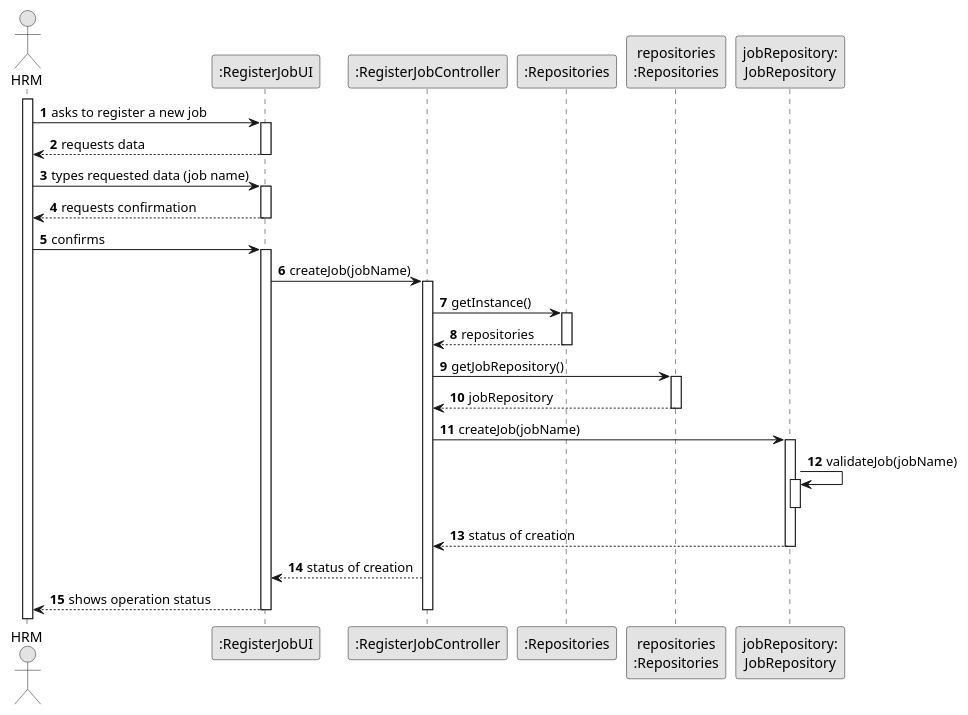
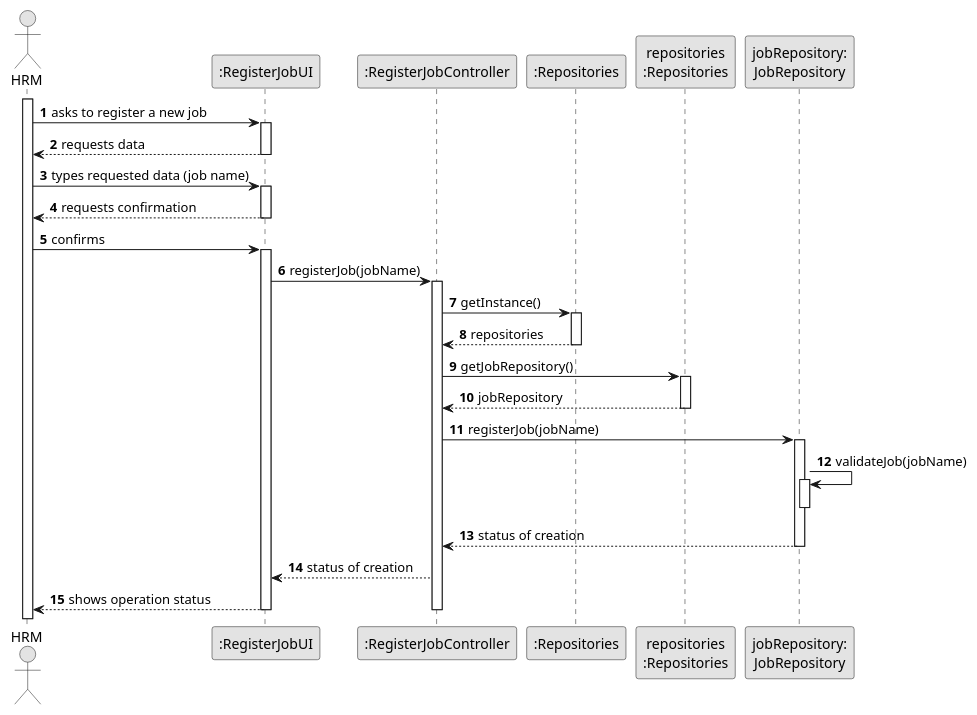
Before and after one commit to Departamento-de-Engenharia-Informatica/lei-24-s2-1do-g164: the diagram in docs/sprintB/us002/03.design/puml/us002-sequence-diagram-full.puml, drawn with PlantUML. The commit also changed 3 other files, not shown here.

```diff
--- a/docs/sprintB/us002/03.design/puml/us002-sequence-diagram-full.puml
+++ b/docs/sprintB/us002/03.design/puml/us002-sequence-diagram-full.puml
@@ -1,71 +1,71 @@
 @startuml
 skinparam monochrome true
 skinparam packageStyle rectangle
 skinparam shadowing false
 
 autonumber
 
 'hide footbox
 actor " HRM" as ADM
 participant ":RegisterJobUI" as UI
 participant ":RegisterJobController" as CTRL
 participant ":Repositories" as RepositorySingleton
 participant "repositories\n:Repositories" as PLAT
 participant "jobRepository:\nJobRepository" as JobRepository
 
 activate ADM
 
         ADM -> UI : asks to register a new job
 
         activate UI
 
 '            UI --> ADM : requests data (reference, description,  informal \n description, technical description, duration, cost)
             'create CTRL
 
 
             UI --> ADM : requests data
         deactivate UI
 
     ADM -> UI : types requested data (job name)
     activate UI
 
         UI --> ADM : requests confirmation
     deactivate UI
 
     ADM -> UI : confirms
     activate UI
 
-        UI -> CTRL : createJob(jobName)
+        UI -> CTRL : registerJob(jobName)
         activate CTRL
 
 
                 CTRL -> RepositorySingleton : getInstance()
                 activate RepositorySingleton
 
                     RepositorySingleton --> CTRL: repositories
                 deactivate RepositorySingleton
 
                 CTRL -> PLAT : getJobRepository()
                 activate PLAT
 
                     PLAT --> CTRL : jobRepository
                 deactivate PLAT
 
-                CTRL -> JobRepository : createJob(jobName)
+                CTRL -> JobRepository : registerJob(jobName)
                 activate JobRepository
 
                 JobRepository -> JobRepository : validateJob(jobName)
                 activate JobRepository
                 deactivate JobRepository
 
 
                     JobRepository --> CTRL : status of creation
                 deactivate JobRepository
                     CTRL --> UI : status of creation
                     UI --> ADM : shows operation status
                     deactivate UI
             deactivate CTRL
 
 
 
 @enduml
```
